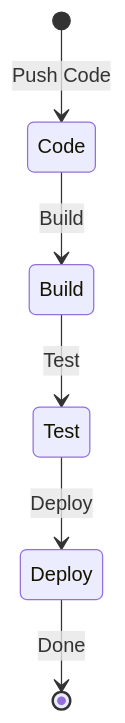
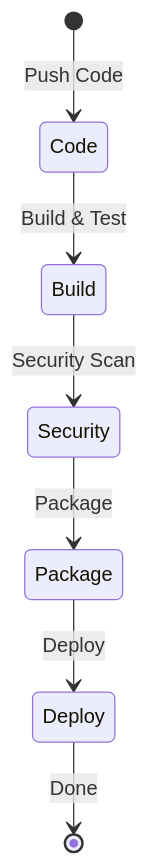
The third of 4 diagrams in README.md (aavishay/right-sizer), drawn with Mermaid before and after one commit. The commit also changed other lines of this file and 3 other files, not shown here.

````diff
--- a/README.md
+++ b/README.md
@@ -354,8 +369,9 @@
 ```mermaid
 stateDiagram-v2
     [*] --> Code: Push Code
-    Code --> Build: Build
-    Build --> Test: Test
-    Test --> Deploy: Deploy
+    Code --> Build: Build & Test
+    Build --> Security: Security Scan
+    Security --> Package: Package
+    Package --> Deploy: Deploy
     Deploy --> [*]: Done
 ```
````
